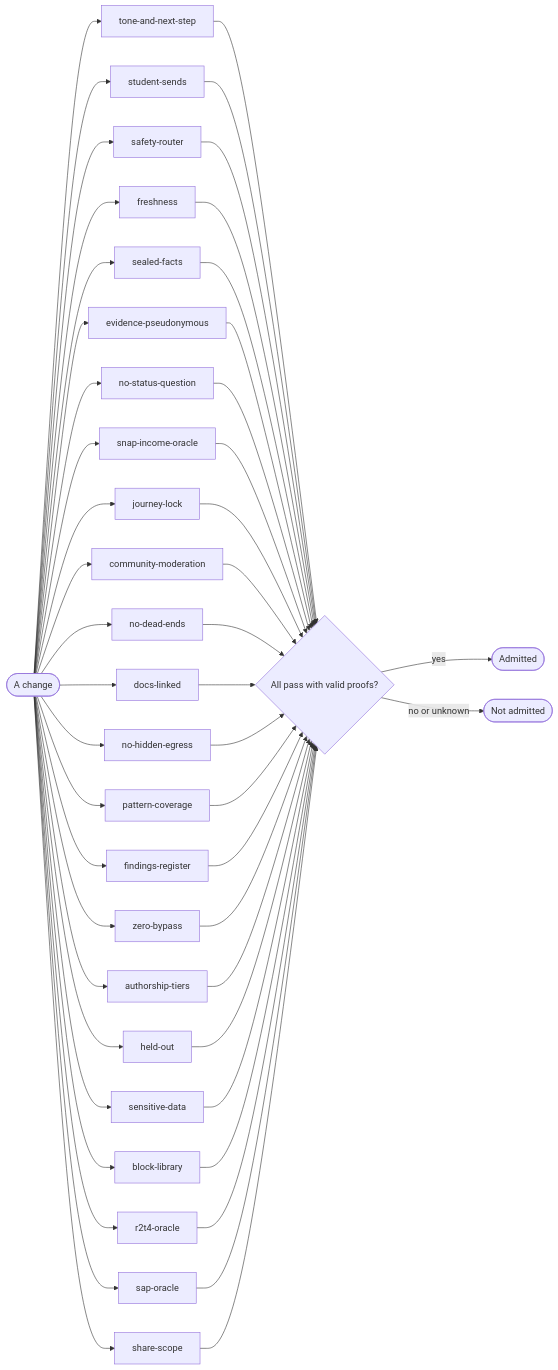
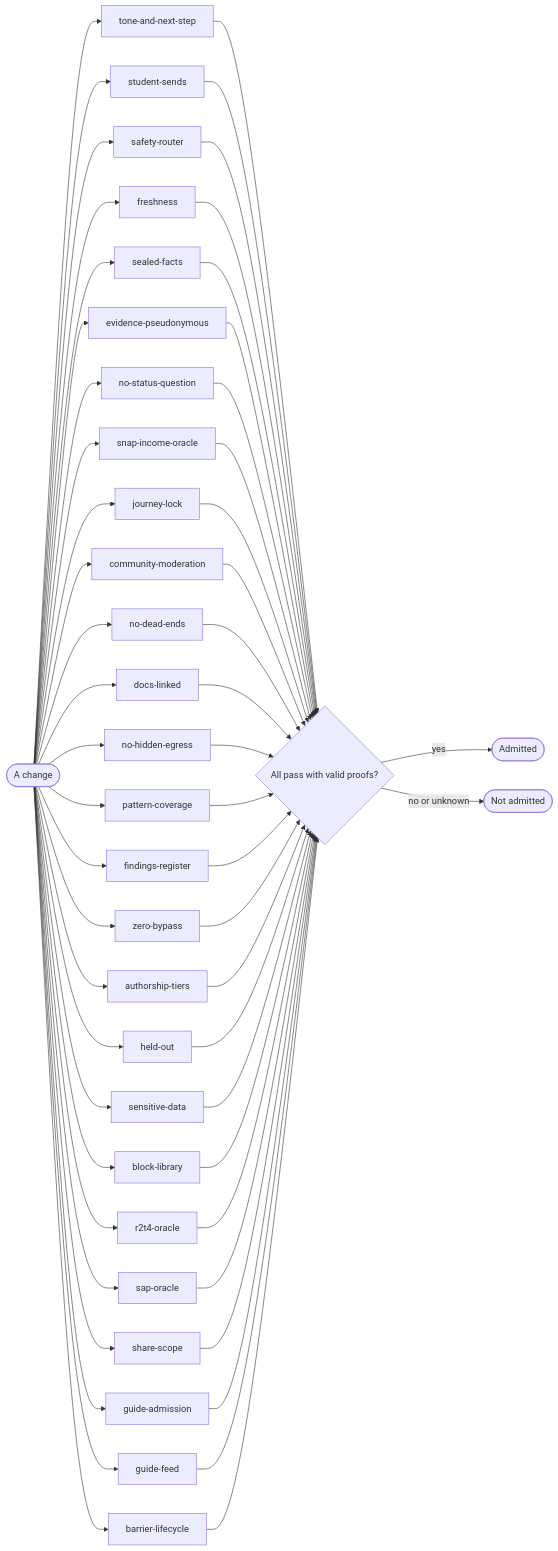
The diagram in docs/testing/gates.md (russlittle/ZTHR), drawn with Mermaid before and after one commit. The commit also changed other lines of this file and 41 other files, not shown here.

First line of the commit message:
Community resource guide in the app, its public feed, and deeper evidence

````diff
--- a/docs/testing/gates.md
+++ b/docs/testing/gates.md
@@ -8,29 +8,32 @@
 ```mermaid
 flowchart LR
   tone_and_next_step["tone-and-next-step"]
   student_sends["student-sends"]
   safety_router["safety-router"]
   freshness["freshness"]
   sealed_facts["sealed-facts"]
   evidence_pseudonymous["evidence-pseudonymous"]
   no_status_question["no-status-question"]
   snap_income_oracle["snap-income-oracle"]
   journey_lock["journey-lock"]
   community_moderation["community-moderation"]
   no_dead_ends["no-dead-ends"]
   docs_linked["docs-linked"]
   no_hidden_egress["no-hidden-egress"]
   pattern_coverage["pattern-coverage"]
   findings_register["findings-register"]
   zero_bypass["zero-bypass"]
   authorship_tiers["authorship-tiers"]
   held_out["held-out"]
   sensitive_data["sensitive-data"]
   block_library["block-library"]
   r2t4_oracle["r2t4-oracle"]
   sap_oracle["sap-oracle"]
   share_scope["share-scope"]
-  change([A change]) --> tone_and_next_step & student_sends & safety_router & freshness & sealed_facts & evidence_pseudonymous & no_status_question & snap_income_oracle & journey_lock & community_moderation & no_dead_ends & docs_linked & no_hidden_egress & pattern_coverage & findings_register & zero_bypass & authorship_tiers & held_out & sensitive_data & block_library & r2t4_oracle & sap_oracle & share_scope --> admit{All pass with valid proofs?}
+  guide_admission["guide-admission"]
+  guide_feed["guide-feed"]
+  barrier_lifecycle["barrier-lifecycle"]
+  change([A change]) --> tone_and_next_step & student_sends & safety_router & freshness & sealed_facts & evidence_pseudonymous & no_status_question & snap_income_oracle & journey_lock & community_moderation & no_dead_ends & docs_linked & no_hidden_egress & pattern_coverage & findings_register & zero_bypass & authorship_tiers & held_out & sensitive_data & block_library & r2t4_oracle & sap_oracle & share_scope & guide_admission & guide_feed & barrier_lifecycle --> admit{All pass with valid proofs?}
   admit -- yes --> ok([Admitted])
   admit -- no or unknown --> no([Not admitted])
 ```
````
